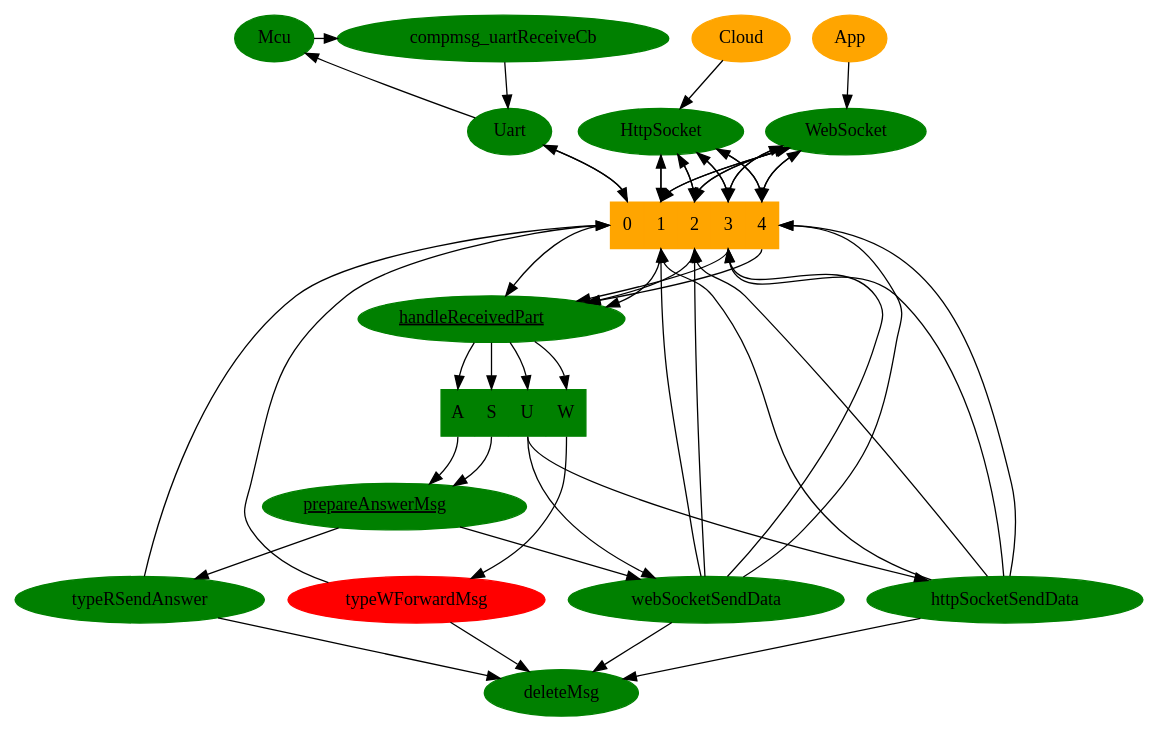
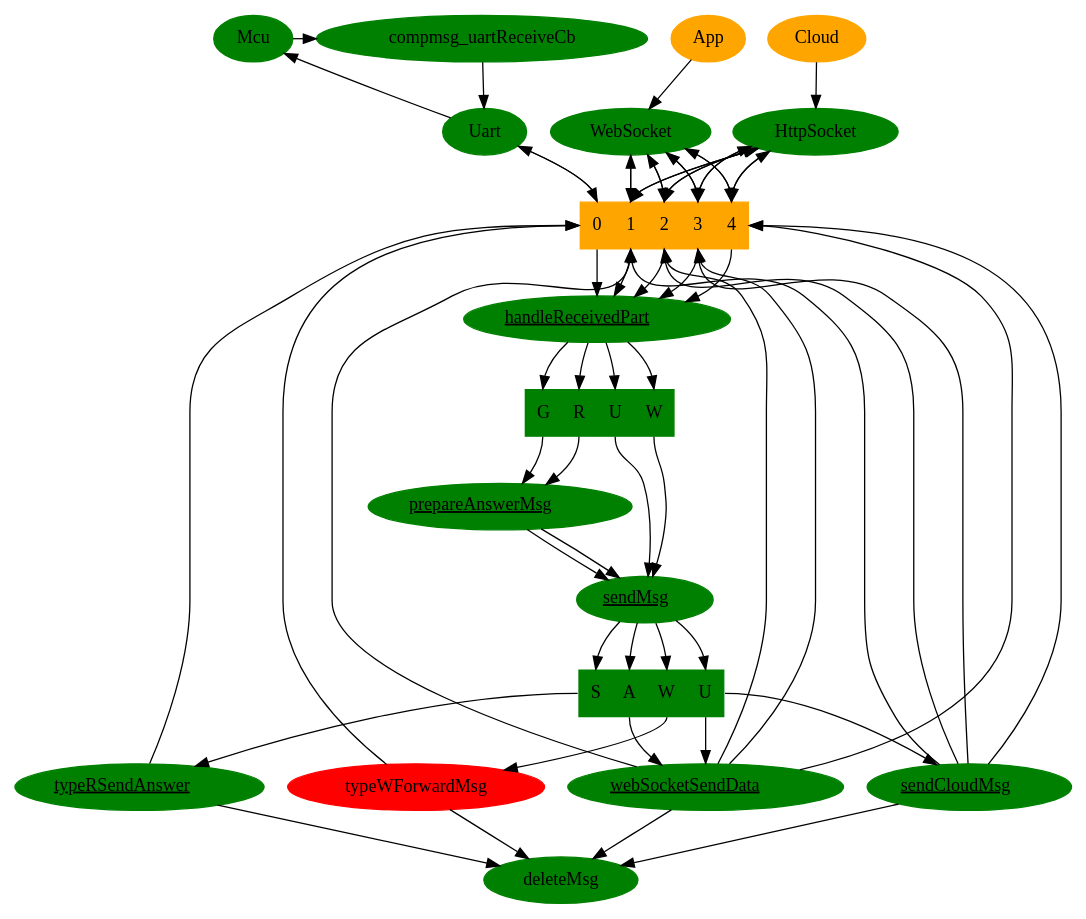
Before and after one commit to apwiede/nodemcu: the diagram in dot_files/handleMsg.dot, drawn with Graphviz. The commit also changed 3 other files, not shown here.

```diff
--- a/dot_files/handleMsg.dot
+++ b/dot_files/handleMsg.dot
@@ -1,74 +1,84 @@
 digraph G1 {
   compmsg_uartReceiveCb[style="filled", color="green"];
   compmsg_uartReceiveCb -> Uart;
   Mcu[style="filled", color="green"];
   Mcu -> compmsg_uartReceiveCb;
   Queue [style="filled", color="orange", shape=record, label="<f0> 0|<f1> 1|<f2> 2|<f3> 3|<f4> 4"];
   Uart -> Queue:f0;
   Queue:f0 -> Uart;
   Uart -> Mcu;
   Uart[style="filled", color="green"];
   WebSocket[style="filled", color="green"];
   App[style="filled", color="orange"];
   App -> WebSocket;
   WebSocket -> Queue:f1;
   WebSocket -> Queue:f2;
   WebSocket -> Queue:f3;
   WebSocket -> Queue:f4;
   Queue:f1 -> WebSocket;
   Queue:f2 -> WebSocket;
   Queue:f3 -> WebSocket;
   Queue:f4 -> WebSocket;
   Cloud[style="filled", color="orange"];
   Cloud -> HttpSocket;
   HttpSocket[style="filled", color="green"];
   HttpSocket -> Queue:f1;
   HttpSocket -> Queue:f2;
   HttpSocket -> Queue:f3;
   HttpSocket -> Queue:f4;
   {rank=same; "compmsg_uartReceiveCb"; "Mcu"; "App"; "Cloud";}
   {rank=same; "Uart"; "WebSocket"; "HttpSocket";}
   Queue:f1 -> HttpSocket;
   Queue:f2 -> HttpSocket;
   Queue:f3 -> HttpSocket;
   Queue:f4 -> HttpSocket;
   Queue:f0 -> handleReceivedPart;
   Queue:f1 -> handleReceivedPart;
   Queue:f2 -> handleReceivedPart;
   Queue:f3 -> handleReceivedPart;
   Queue:f4 -> handleReceivedPart;
   handleReceivedPart[style="filled", color="green", label=<<u>handleReceivedPart</u>> URL="\ref grp_handleReceivedPart"];
   prepareAnswerMsg[style="filled", color="green", label=<<u>prepareAnswerMsg</u>> URL="\ref grp_prepareAnswerMsg"];
-  sendMsg [style="filled", color="green", shape=record, label="<f0> A|<f1> S|<f2> U|<f3> W"];
-  handleReceivedPart -> sendMsg:f0;
-  handleReceivedPart -> sendMsg:f1;
-  handleReceivedPart -> sendMsg:f2;
-  handleReceivedPart -> sendMsg:f3;
-  sendMsg:f0 -> prepareAnswerMsg;
-  prepareAnswerMsg -> webSocketSendData;
-  sendMsg:f1 -> prepareAnswerMsg;
-  prepareAnswerMsg -> typeRSendAnswer;
-  sendMsg:f2 -> webSocketSendData;
-  sendMsg:f2 -> httpSocketSendData;
-  sendMsg:f3 -> typeWForwardMsg;
-  httpSocketSendData[style="filled", color="green"];
-  webSocketSendData[style="filled", color="green"];
+  receiveMsgSwitch [style="filled", color="green", shape=record, label="<f0> G|<f1> R|<f2> U|<f3> W"];
+  handleReceivedPart -> receiveMsgSwitch:f0;
+  handleReceivedPart -> receiveMsgSwitch:f1;
+  handleReceivedPart -> receiveMsgSwitch:f2;
+  handleReceivedPart -> receiveMsgSwitch:f3;
+  receiveMsgSwitch:f0 -> prepareAnswerMsg;
+  receiveMsgSwitch:f1 -> prepareAnswerMsg;
+  prepareAnswerMsg -> sendMsg;
+  prepareAnswerMsg -> sendMsg;
+  receiveMsgSwitch:f2 -> sendMsg
+  receiveMsgSwitch:f3 -> sendMsg
+  sendMsg[style="filled", color="green", label=<<u>sendMsg</u>> URL="\ref sendMsg"];
+  sendMsg -> sendMsgSwitch:f0;
+  sendMsg -> sendMsgSwitch:f1;
+  sendMsg -> sendMsgSwitch:f2
+  sendMsg -> sendMsgSwitch:f3
+  sendMsgSwitch [style="filled", color="green",shape=record, label="<f0> S|<f1> A|<f2> W|<f3> U"];
+  sendMsgSwitch:f1 -> webSocketSendData;
+  sendMsgSwitch:f0 -> typeRSendAnswer;
+  sendMsgSwitch:f3 -> webSocketSendData;
+  sendMsgSwitch:f3 -> sendCloudMsg;
+  sendMsgSwitch:f2 -> typeWForwardMsg;
+  typeRSendAnswer[style="filled", color="green", label=<<u>typeRSendAnswer</u>> URL="\ref typeRSendAnswer"];
+  sendCloudMsg[style="filled", color="green", label=<<u>sendCloudMsg</u>> URL="\ref grp_sendCloudMsg"];
+  webSocketSendData[style="filled", color="green", label=<<u>webSocketSendData</u>> URL="\ref websocketSendData"];
   webSocketSendData -> Queue:f1;
   webSocketSendData -> Queue:f2;
   webSocketSendData -> Queue:f3;
   webSocketSendData -> Queue:f4;
-  httpSocketSendData -> Queue:f1;
-  httpSocketSendData -> Queue:f2;
-  httpSocketSendData -> Queue:f3;
-  httpSocketSendData -> Queue:f4;
-  {rank=same; "typeRSendAnswer"; "typeWForwardMsg"; "webSocketSendData"; "httpSocketSendData";}
-  typeRSendAnswer[style="filled", color="green"];
+  sendCloudMsg -> Queue:f1;
+  sendCloudMsg -> Queue:f2;
+  sendCloudMsg -> Queue:f3;
+  sendCloudMsg -> Queue:f4;
+  {rank=same; "typeRSendAnswer"; "typeWForwardMsg"; "webSocketSendData"; "sendCloudMsg";}
   typeWForwardMsg[style="filled", color="red"];
   typeRSendAnswer -> Queue:f0;
   typeWForwardMsg -> Queue:f0;
   typeRSendAnswer -> deleteMsg;
   typeWForwardMsg -> deleteMsg;
   deleteMsg[style="filled", color="green"];
-  httpSocketSendData -> deleteMsg;
+  sendCloudMsg -> deleteMsg;
   webSocketSendData -> deleteMsg;
 }
```
